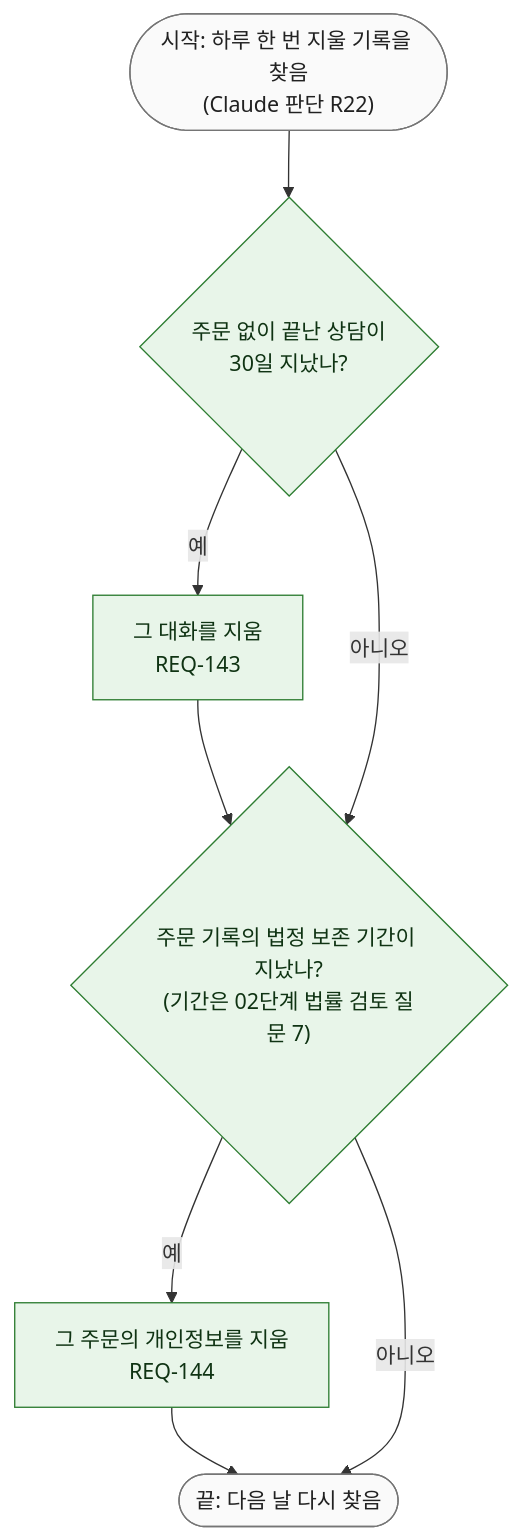
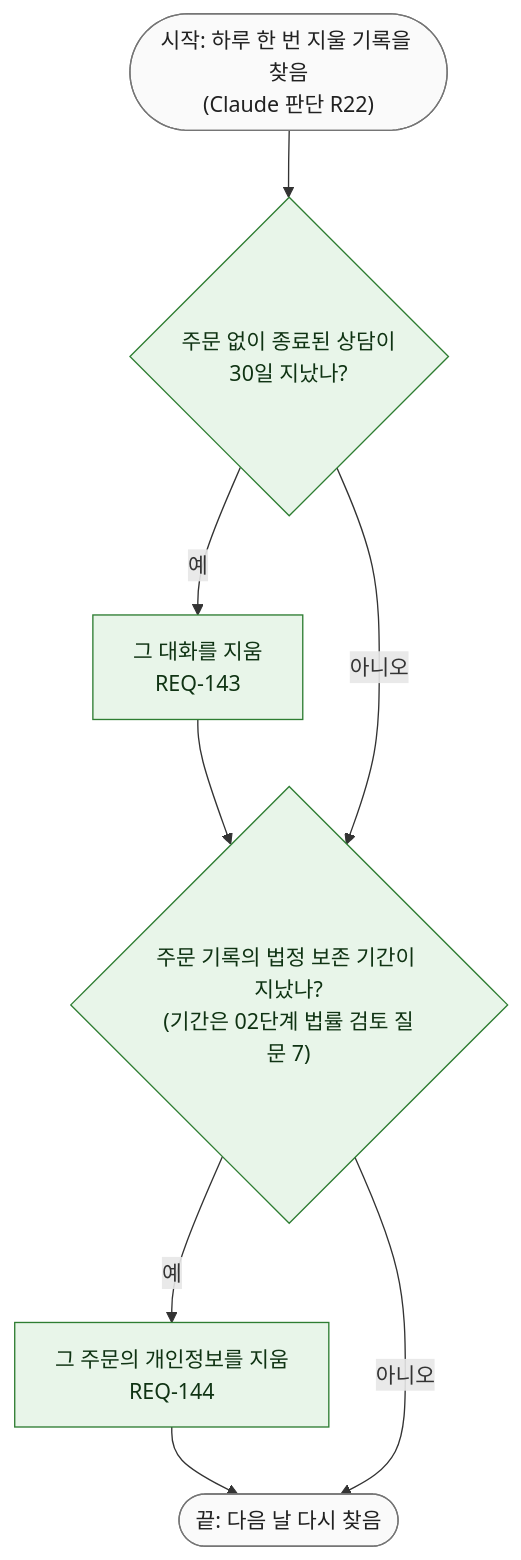
One commit to kodonghui/siljang.ai changed the diagram in docs/03-user-flow/FL-014-delete-old-records.md. Above: the diagram before and after it, drawn with Mermaid. The commit also changed other lines of this file and 55 other files, not shown here.

````diff
--- a/docs/03-user-flow/FL-014-delete-old-records.md
+++ b/docs/03-user-flow/FL-014-delete-old-records.md
@@ -18,20 +18,20 @@
 ```mermaid
 flowchart TD
   S(["시작: 하루 한 번 지울 기록을 찾음<br/>(Claude 판단 R22)"])
-  D1{"주문 없이 끝난 상담이<br/>30일 지났나?"}
+  D1{"주문 없이 종료된 상담이<br/>30일 지났나?"}
   K1["그 대화를 지움<br/>REQ-143"]
   D2{"주문 기록의 법정 보존 기간이 지났나?<br/>(기간은 02단계 법률 검토 질문 7)"}
   K2["그 주문의 개인정보를 지움<br/>REQ-144"]
   E1(["끝: 다음 날 다시 찾음"])
 
   S --> D1
   D1 -->|"예"| K1 --> D2
   D1 -->|"아니오"| D2
   D2 -->|"예"| K2 --> E1
   D2 -->|"아니오"| E1
 
   classDef svc fill:#e8f5e9,stroke:#2e7d32,color:#0f3313
   classDef term fill:#fafafa,stroke:#757575,color:#212121
   class D1,K1,D2,K2 svc
   class S,E1 term
 ```
````
